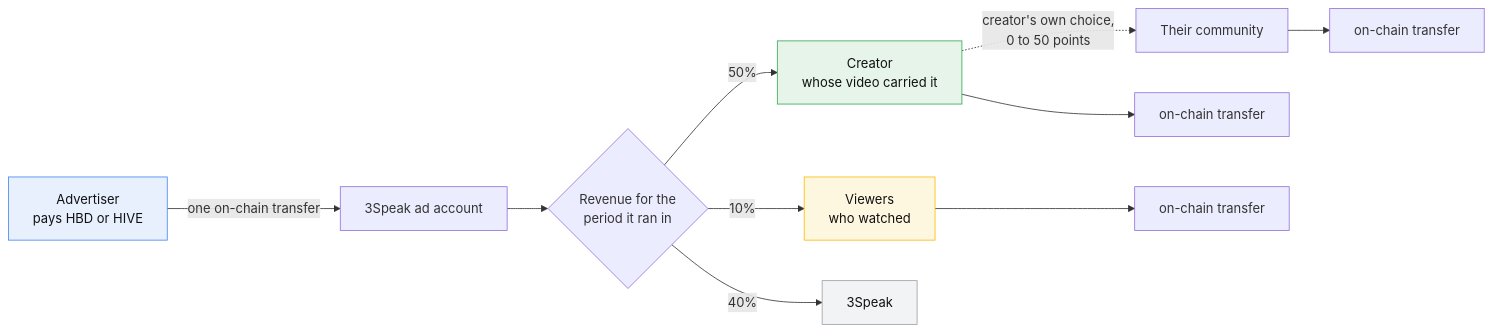
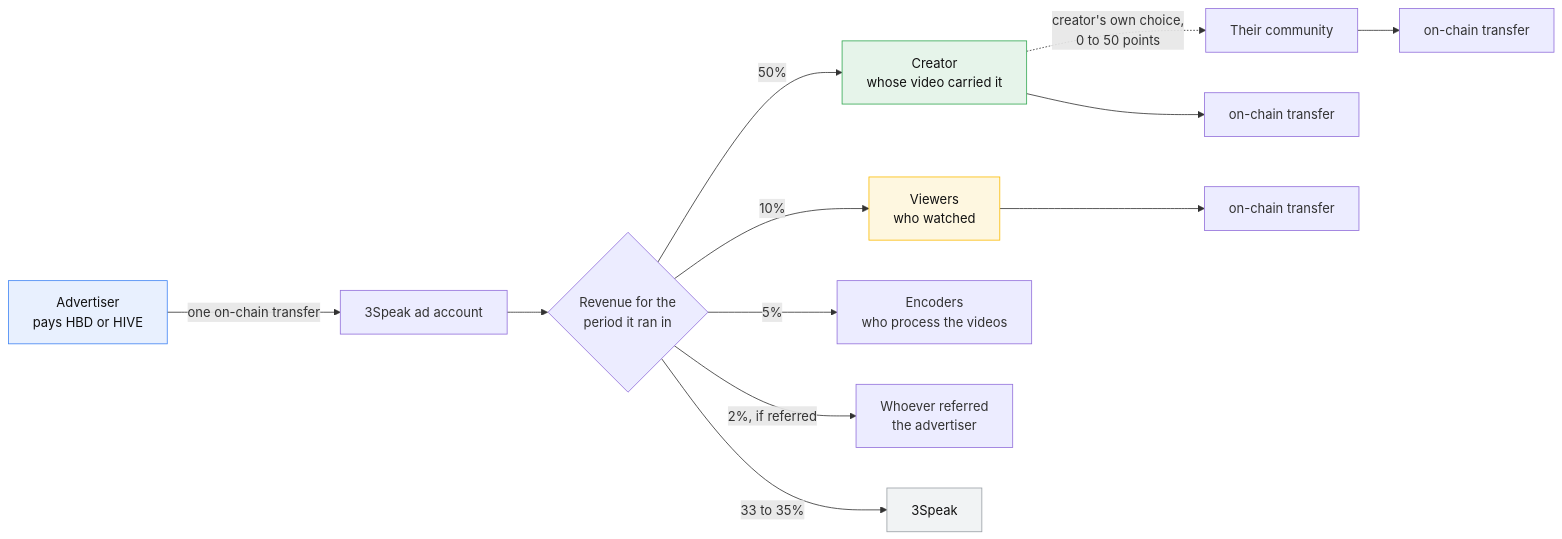
One commit to Mantequilla-Soft/new-3speak-tv changed the first of 5 diagrams in docs/ADVERTISING.md. Above: the diagram before and after it, drawn with Mermaid. The commit also changed other lines of this file, not shown here.

````diff
--- a/docs/ADVERTISING.md
+++ b/docs/ADVERTISING.md
@@ -30,17 +31,19 @@
 ```mermaid
 flowchart LR
     A["Advertiser<br/>pays HBD or HIVE"] -->|one on-chain transfer| P["3Speak ad account"]
     P --> POOL{"Revenue for the<br/>period it ran in"}
     POOL -->|50%| C["Creator<br/>whose video carried it"]
     POOL -->|10%| V["Viewers<br/>who watched"]
-    POOL -->|40%| T["3Speak"]
+    POOL -->|5%| E["Encoders<br/>who process the videos"]
+    POOL -->|2%, if referred| RF["Whoever referred<br/>the advertiser"]
+    POOL -->|33 to 35%| T["3Speak"]
     C -.->|creator's own choice,<br/>0 to 50 points| CM["Their community"]
     C --> OUT1["on-chain transfer"]
     V --> OUT2["on-chain transfer"]
     CM --> OUT3["on-chain transfer"]
 
     style A fill:#e8f0fe,stroke:#4285f4,color:#111
     style C fill:#e6f4ea,stroke:#34a853,color:#111
     style V fill:#fef7e0,stroke:#fbbc04,color:#111
     style T fill:#f1f3f4,stroke:#9aa0a6,color:#111
 ```
````
